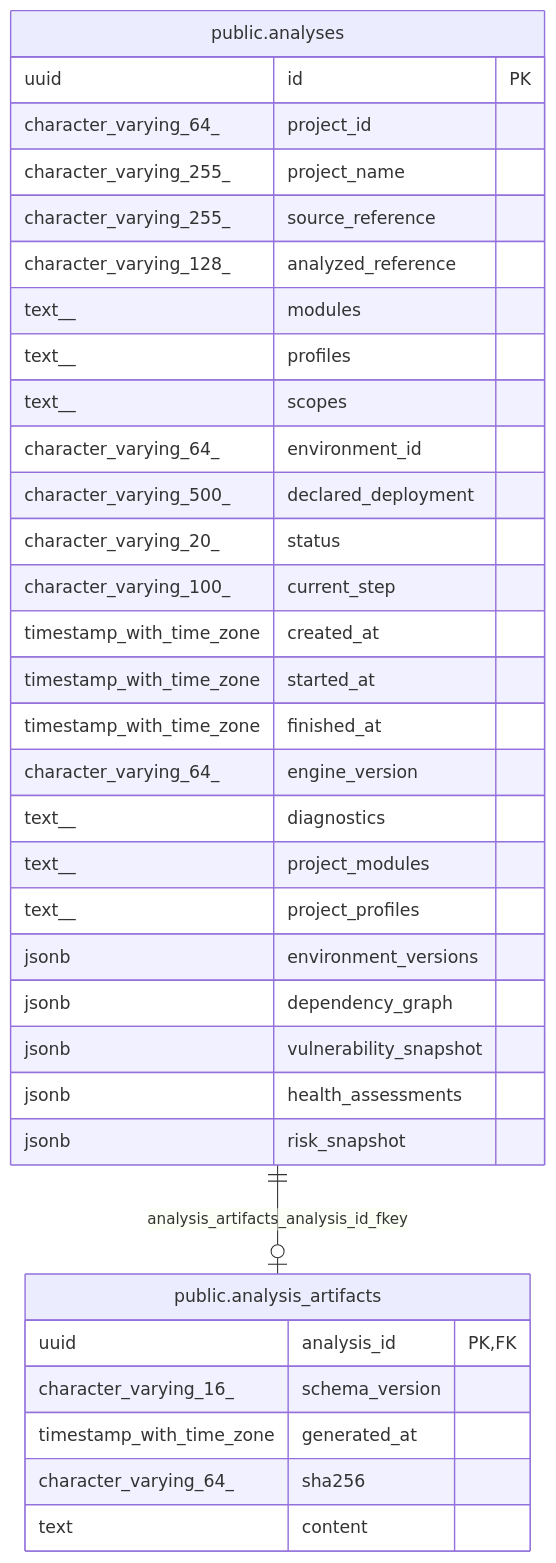
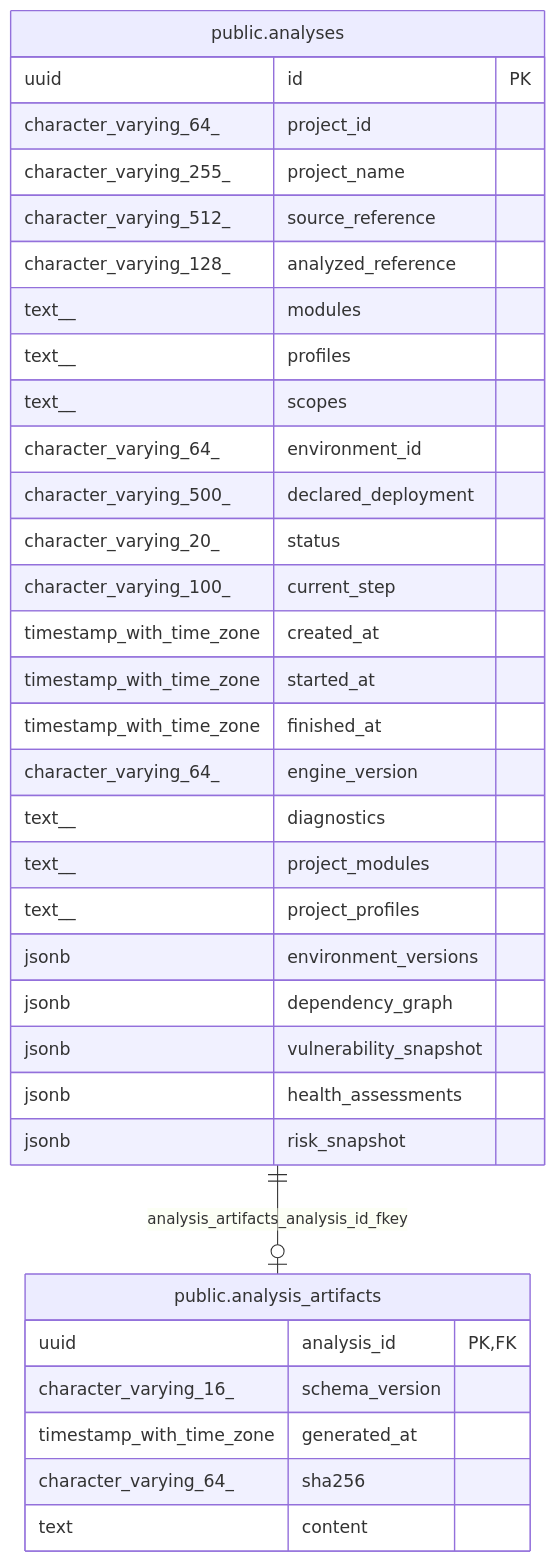
One commit to Durdenxito/smartsca changed the first of 4 diagrams in README.md. Above: the diagram before and after it, drawn with Mermaid. The commit also changed other lines of this file, not shown here.

````diff
--- a/README.md
+++ b/README.md
@@ -65,37 +65,37 @@
 ```mermaid
 erDiagram
   t0["public.analyses"] {
     uuid id PK
     character_varying_64_ project_id
     character_varying_255_ project_name
-    character_varying_255_ source_reference
+    character_varying_512_ source_reference
     character_varying_128_ analyzed_reference
     text__ modules
     text__ profiles
     text__ scopes
     character_varying_64_ environment_id
     character_varying_500_ declared_deployment
     character_varying_20_ status
     character_varying_100_ current_step
     timestamp_with_time_zone created_at
     timestamp_with_time_zone started_at
     timestamp_with_time_zone finished_at
     character_varying_64_ engine_version
     text__ diagnostics
     text__ project_modules
     text__ project_profiles
     jsonb environment_versions
     jsonb dependency_graph
     jsonb vulnerability_snapshot
     jsonb health_assessments
     jsonb risk_snapshot
   }
   t1["public.analysis_artifacts"] {
     uuid analysis_id PK,FK
     character_varying_16_ schema_version
     timestamp_with_time_zone generated_at
     character_varying_64_ sha256
     text content
   }
   t0 ||--o| t1 : "analysis_artifacts_analysis_id_fkey"
 ```
````
